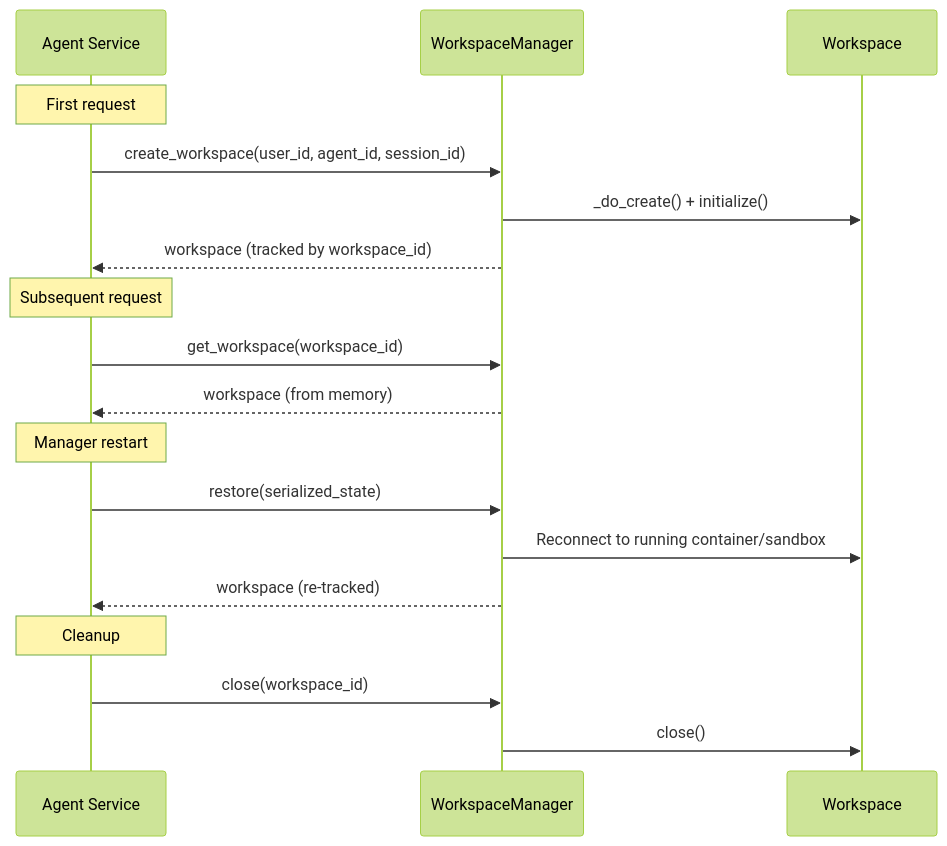
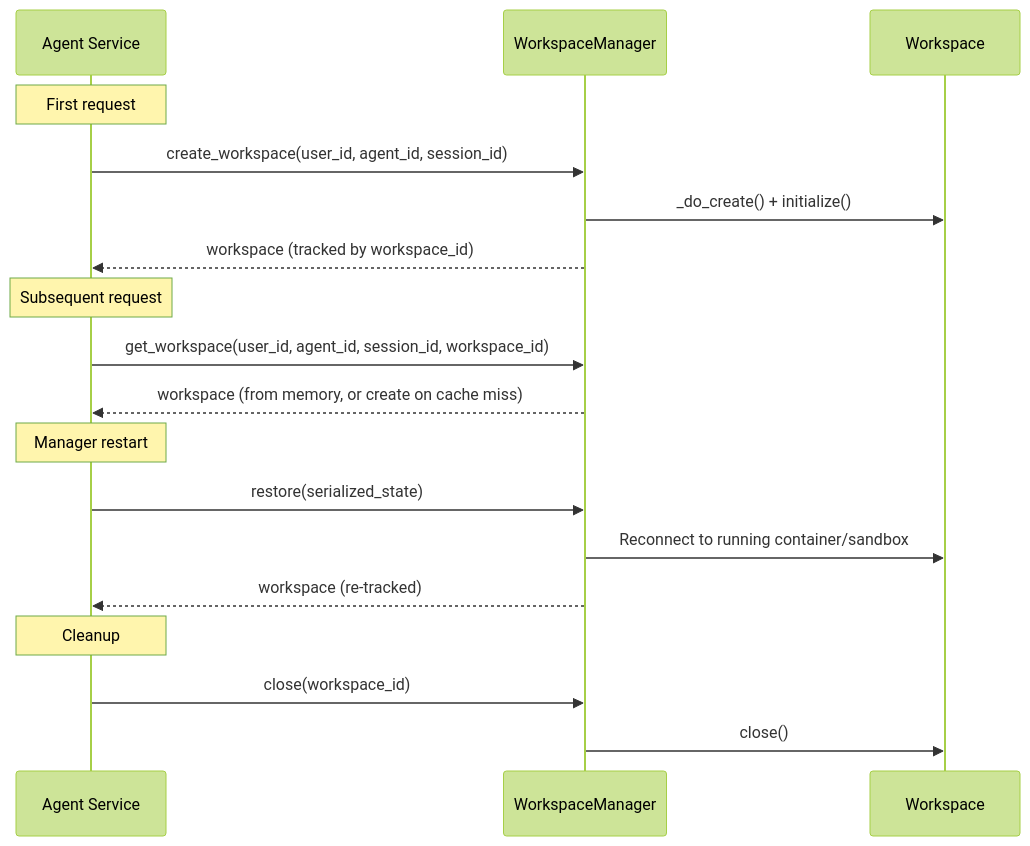
The fourth of 6 diagrams in v2/building-blocks/workspace.mdx (Osier-Yi/docs), drawn with Mermaid (forest theme) before and after one commit. The commit also changed other lines of this file, not shown here.

````diff
--- a/v2/building-blocks/workspace.mdx
+++ b/v2/building-blocks/workspace.mdx
@@ -409,24 +426,24 @@
 ```mermaid
 sequenceDiagram
     participant Service as Agent Service
     participant WM as WorkspaceManager
     participant WS as Workspace
 
     Note over Service: First request
     Service->>WM: create_workspace(user_id, agent_id, session_id)
     WM->>WS: _do_create() + initialize()
     WM-->>Service: workspace (tracked by workspace_id)
 
     Note over Service: Subsequent request
-    Service->>WM: get_workspace(workspace_id)
-    WM-->>Service: workspace (from memory)
+    Service->>WM: get_workspace(user_id, agent_id, session_id, workspace_id)
+    WM-->>Service: workspace (from memory, or create on cache miss)
 
     Note over Service: Manager restart
     Service->>WM: restore(serialized_state)
     WM->>WS: Reconnect to running container/sandbox
     WM-->>Service: workspace (re-tracked)
 
     Note over Service: Cleanup
     Service->>WM: close(workspace_id)
     WM->>WS: close()
 ```
````
